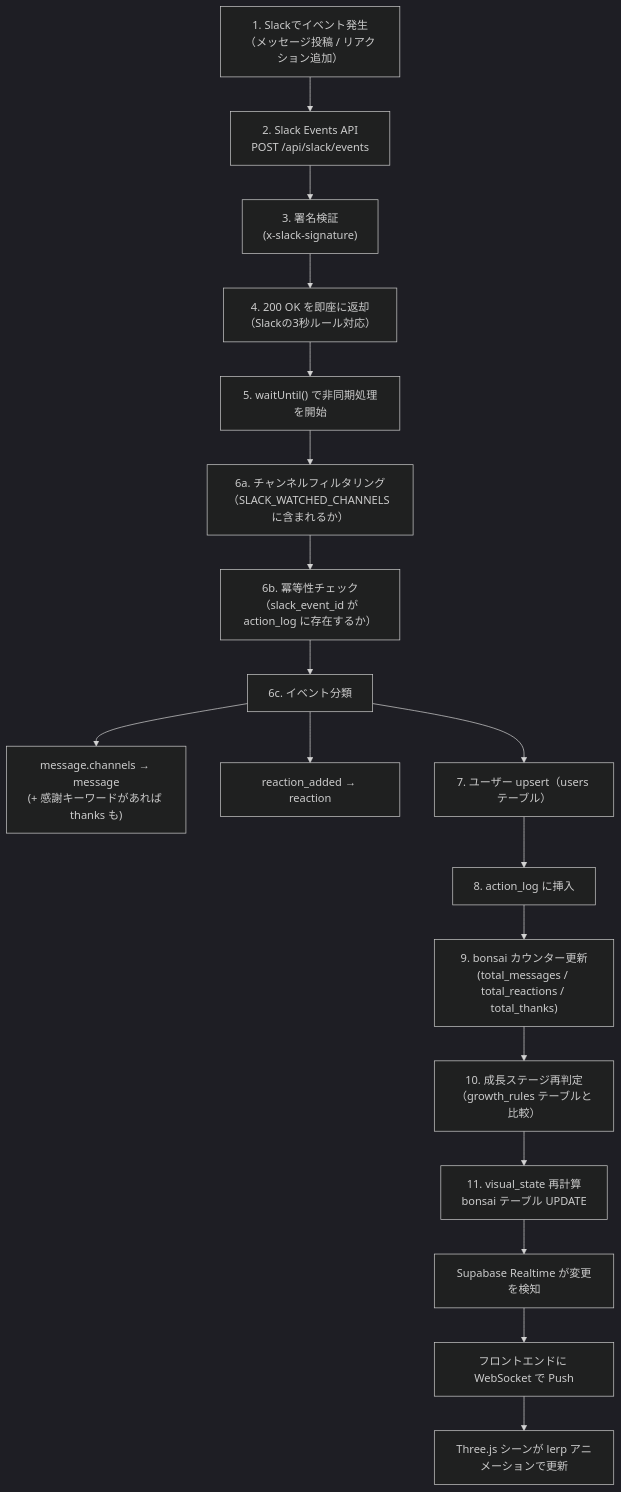
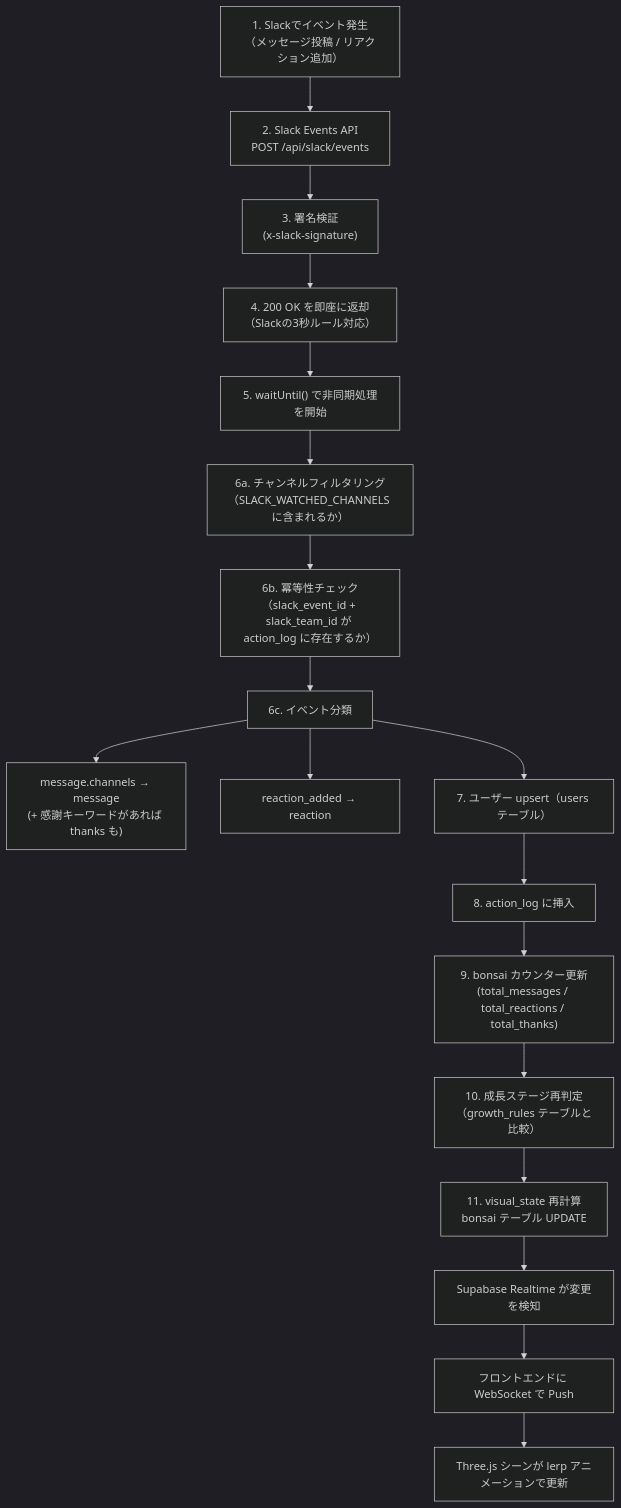
The second of 6 diagrams in docs/architecture.md (katsudon08/tamamori), drawn with Mermaid (dark theme) before and after one commit. The commit also changed other lines of this file and 96 other files, not shown here.

````diff
--- a/docs/architecture.md
+++ b/docs/architecture.md
@@ -32,28 +32,28 @@
 ```mermaid
 flowchart TD
     A["1. Slackでイベント発生\n（メッセージ投稿 / リアクション追加）"]
     B["2. Slack Events API\nPOST /api/slack/events"]
     C["3. 署名検証\n(x-slack-signature)"]
     D["4. 200 OK を即座に返却\n（Slackの3秒ルール対応）"]
     E["5. waitUntil() で非同期処理を開始"]
     F6a["6a. チャンネルフィルタリング\n（SLACK_WATCHED_CHANNELS に含まれるか）"]
-    F6b["6b. 冪等性チェック\n（slack_event_id が action_log に存在するか）"]
+    F6b["6b. 冪等性チェック\n（slack_event_id + slack_team_id が action_log に存在するか）"]
     F6c["6c. イベント分類"]
     F6c_msg["message.channels → message\n(+ 感謝キーワードがあれば thanks も)"]
     F6c_react["reaction_added → reaction"]
     F7["7. ユーザー upsert（users テーブル）"]
     F8["8. action_log に挿入"]
     F9["9. bonsai カウンター更新\n(total_messages / total_reactions / total_thanks)"]
     F10["10. 成長ステージ再判定\n（growth_rules テーブルと比較）"]
     F11["11. visual_state 再計算\nbonsai テーブル UPDATE"]
     G["Supabase Realtime が変更を検知"]
     H["フロントエンドに WebSocket で Push"]
     I["Three.js シーンが lerp アニメーションで更新"]
 
     A --> B --> C --> D --> E
     E --> F6a --> F6b --> F6c
     F6c --> F6c_msg
     F6c --> F6c_react
     F6c --> F7 --> F8 --> F9 --> F10 --> F11
     F11 --> G --> H --> I
 ```
````
